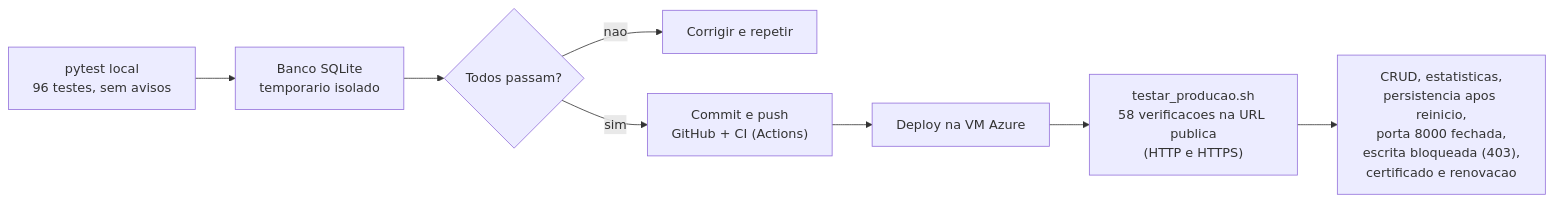
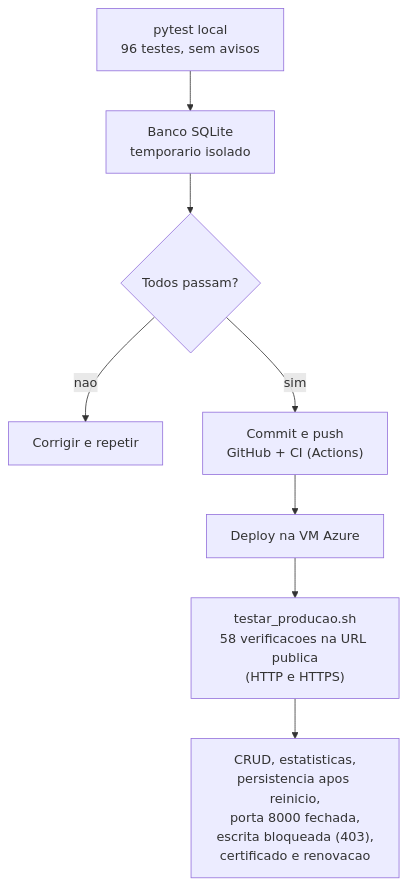
Before and after one commit to brenoaveiro/api-tarefas-fastapi-sqlite-azure: the diagram in docs/diagramas/06-fluxo-testes-validacao.md, drawn with Mermaid. The commit also changed 26 other files, not shown here.

First line of the commit message:
docs: relatorio final (31 paginas), diagramas legiveis e evidencias finais

````diff
--- a/docs/diagramas/06-fluxo-testes-validacao.md
+++ b/docs/diagramas/06-fluxo-testes-validacao.md
@@ -3,10 +3,10 @@
 ```mermaid
-flowchart LR
+flowchart TB
     A["pytest local\n96 testes, sem avisos"] --> B["Banco SQLite\ntemporario isolado"]
     B --> C{"Todos passam?"}
     C -->|nao| D["Corrigir e repetir"]
     C -->|sim| E["Commit e push\nGitHub + CI (Actions)"]
     E --> F["Deploy na VM Azure"]
     F --> G["testar_producao.sh\n58 verificacoes na URL publica\n(HTTP e HTTPS)"]
     G --> H["CRUD, estatisticas,\npersistencia apos reinicio,\nporta 8000 fechada,\nescrita bloqueada (403),\ncertificado e renovacao"]
 ```
````
